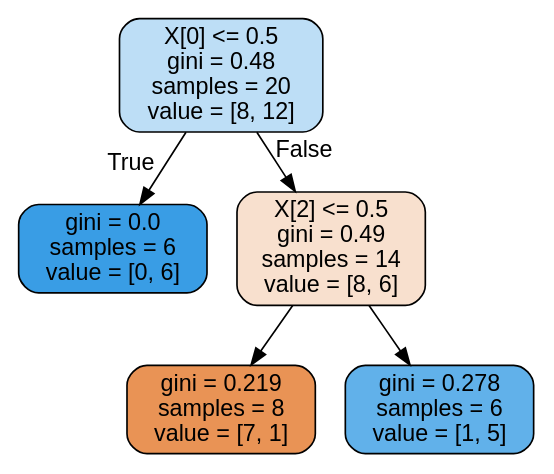
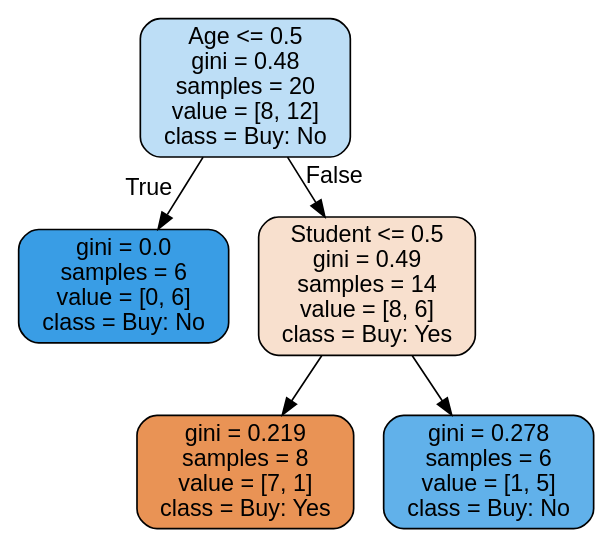
One commit to Fleija/data-science changed the diagram in Exercise 11/tree.dot. Above: the diagram before and after it, drawn with Graphviz. The commit also changed 1 other file, not shown here.

```diff
--- a/Exercise 11/tree.dot
+++ b/Exercise 11/tree.dot
@@ -1,13 +1,13 @@
 digraph Tree {
 node [shape=box, style="filled, rounded", color="black", fontname=helvetica] ;
 edge [fontname=helvetica] ;
-0 [label="X[0] <= 0.5\ngini = 0.48\nsamples = 20\nvalue = [8, 12]", fillcolor="#bddef6"] ;
-1 [label="gini = 0.0\nsamples = 6\nvalue = [0, 6]", fillcolor="#399de5"] ;
+0 [label="Age <= 0.5\ngini = 0.48\nsamples = 20\nvalue = [8, 12]\nclass = Buy: No", fillcolor="#bddef6"] ;
+1 [label="gini = 0.0\nsamples = 6\nvalue = [0, 6]\nclass = Buy: No", fillcolor="#399de5"] ;
 0 -> 1 [labeldistance=2.5, labelangle=45, headlabel="True"] ;
-2 [label="X[2] <= 0.5\ngini = 0.49\nsamples = 14\nvalue = [8, 6]", fillcolor="#f8e0ce"] ;
+2 [label="Student <= 0.5\ngini = 0.49\nsamples = 14\nvalue = [8, 6]\nclass = Buy: Yes", fillcolor="#f8e0ce"] ;
 0 -> 2 [labeldistance=2.5, labelangle=-45, headlabel="False"] ;
-3 [label="gini = 0.219\nsamples = 8\nvalue = [7, 1]", fillcolor="#e99355"] ;
+3 [label="gini = 0.219\nsamples = 8\nvalue = [7, 1]\nclass = Buy: Yes", fillcolor="#e99355"] ;
 2 -> 3 ;
-4 [label="gini = 0.278\nsamples = 6\nvalue = [1, 5]", fillcolor="#61b1ea"] ;
+4 [label="gini = 0.278\nsamples = 6\nvalue = [1, 5]\nclass = Buy: No", fillcolor="#61b1ea"] ;
 2 -> 4 ;
 }
```
